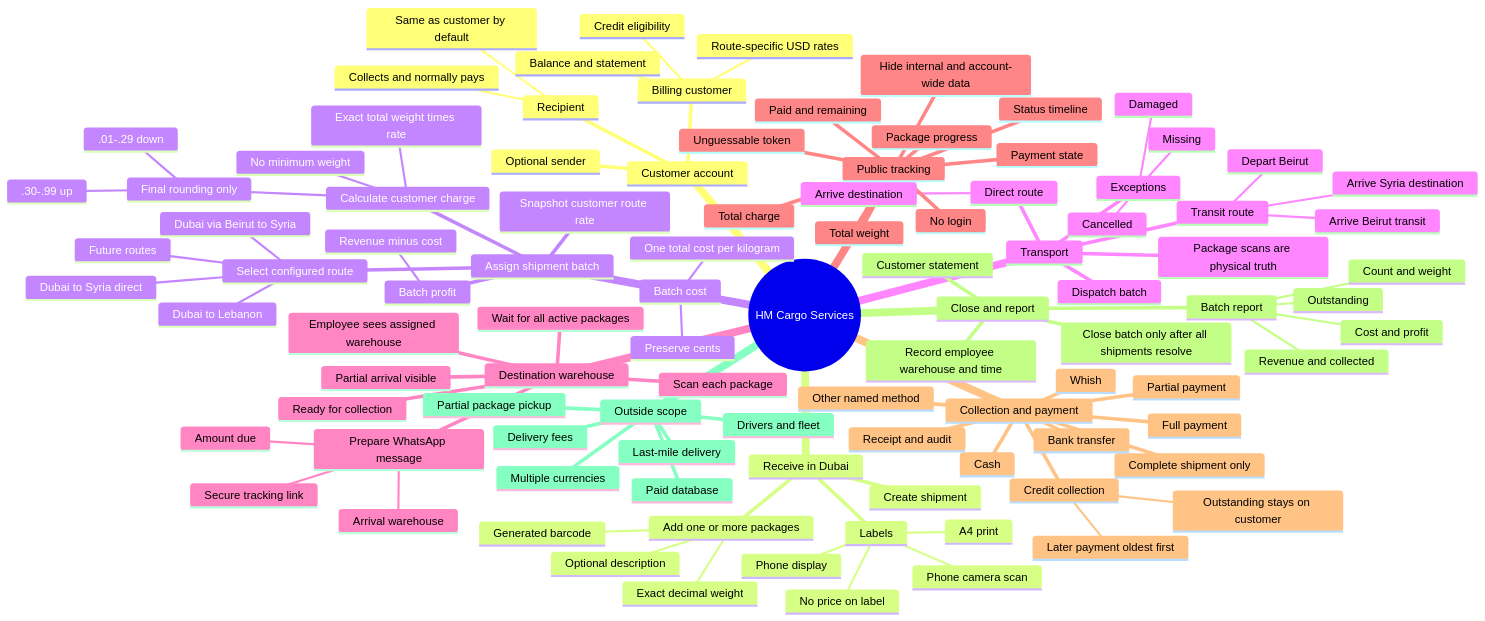
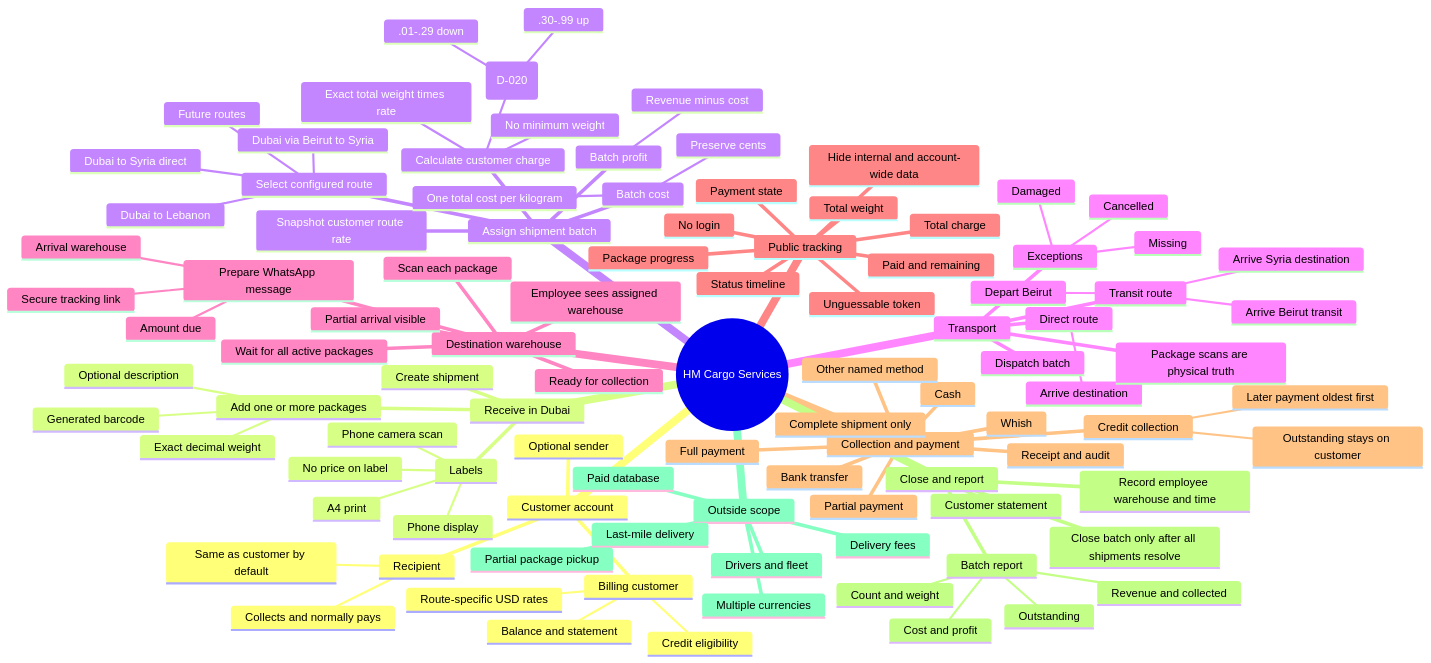
One commit to NN224/HM-Cargo-Services changed the diagram in docs/domain/shipment-mind-map.md. Above: the diagram before and after it, drawn with Mermaid. The commit also changed 8 other files, not shown here.

```diff
--- a/docs/domain/shipment-mind-map.md
+++ b/docs/domain/shipment-mind-map.md
@@ -33,7 +33,7 @@
       Calculate customer charge
         Exact total weight times rate
         No minimum weight
-        Final rounding only
+        Final charge set manually (D-020)
           .01-.29 down
           .30-.99 up
       Batch cost
```
